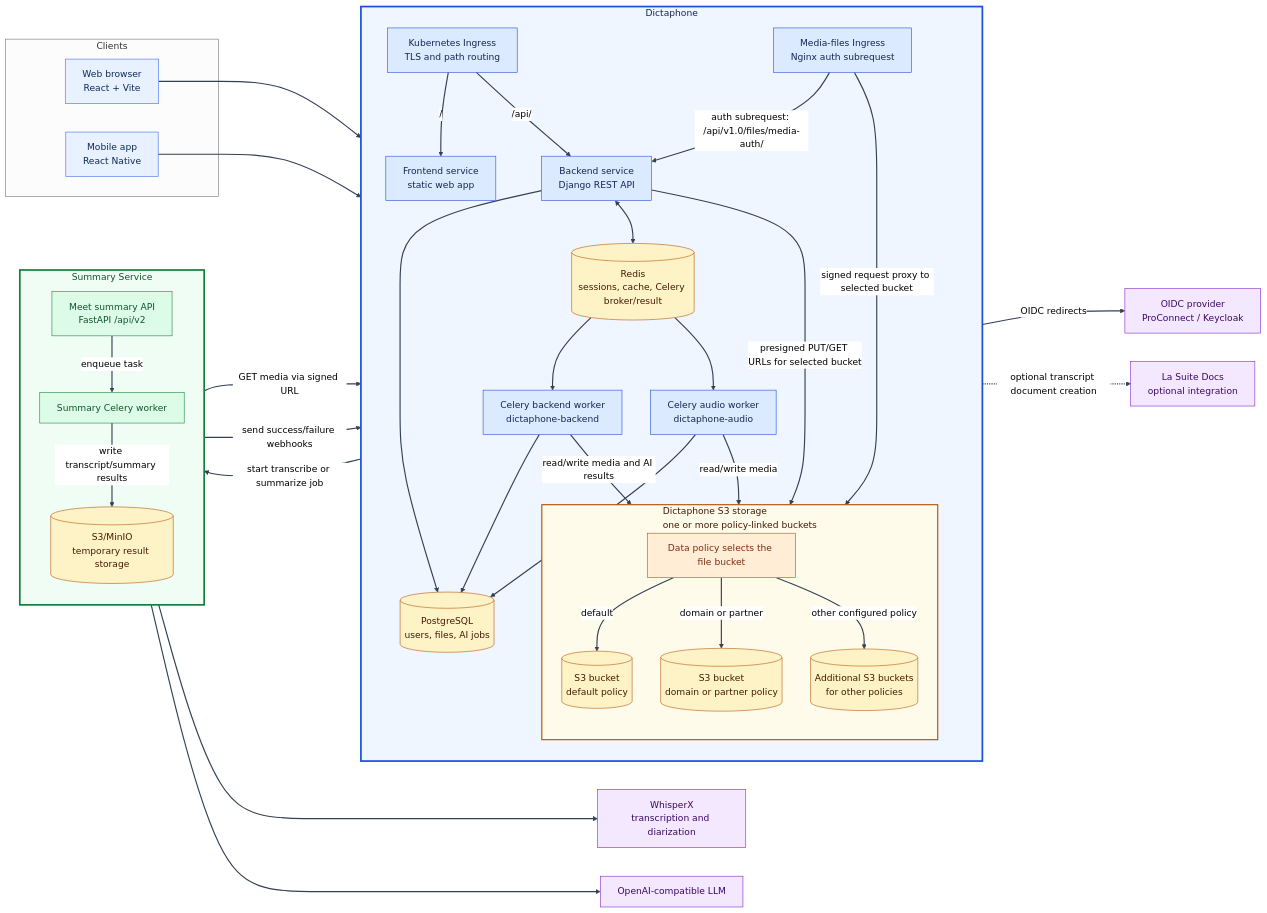
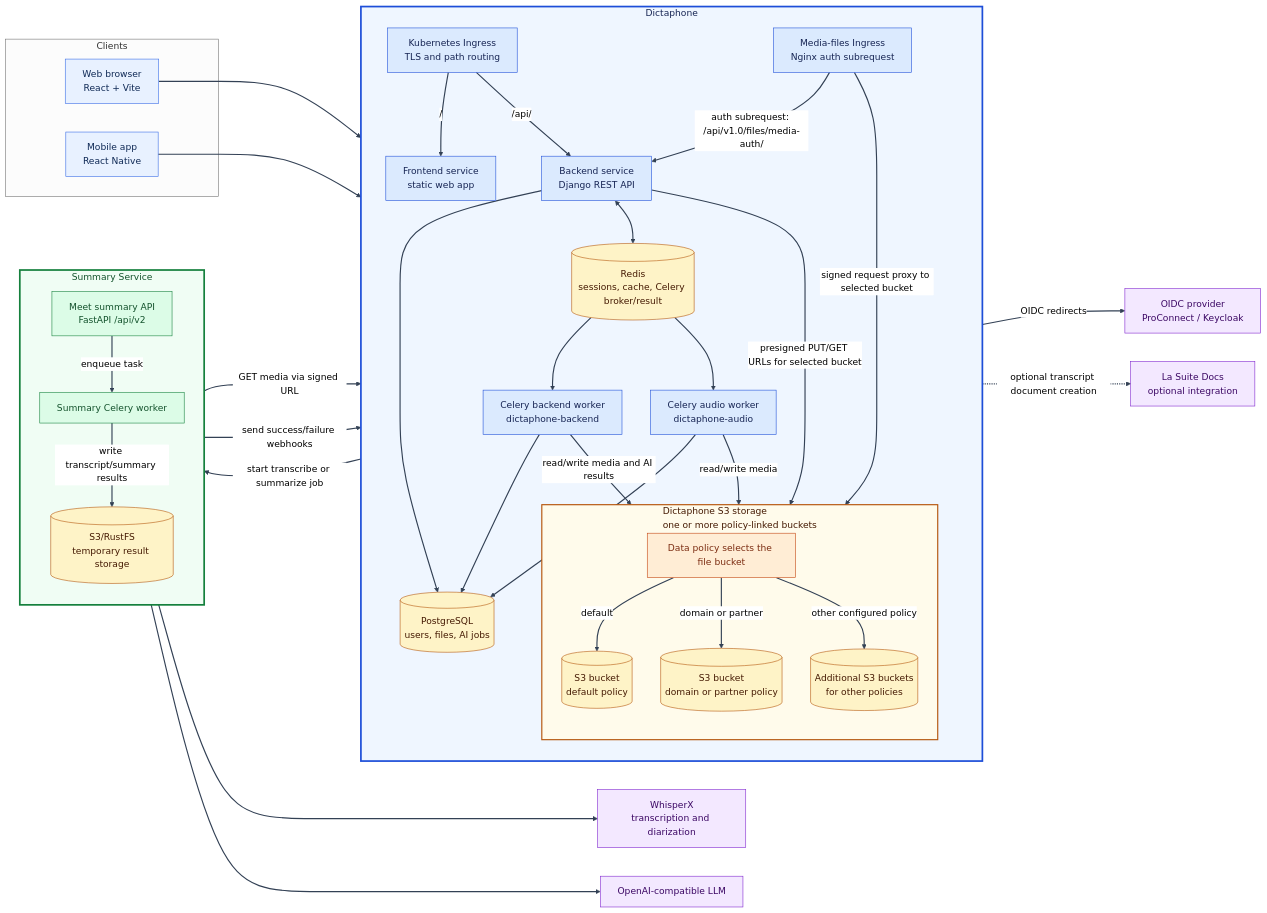
One commit to suitenumerique/dictaphone changed the diagram in docs/diagrams/system-architecture.mmd. Above: the diagram before and after it, drawn with Mermaid (neutral theme). The commit also changed 13 other files, not shown here.

```diff
--- a/docs/diagrams/system-architecture.mmd
+++ b/docs/diagrams/system-architecture.mmd
@@ -1,94 +1,94 @@
 %% Sources: src/helm/dictaphone/templates, src/helm/dictaphone/values.yaml,
 %%          src/backend/core/configuration.py,
 %%          docs/developping_locally.md, src/backend/dictaphone/settings.py
 flowchart LR
     subgraph Clients
         Web["Web browser<br/>React + Vite"]
         Mobile["Mobile app<br/>React Native"]
     end
 
     subgraph Dictaphone["Dictaphone"]
         direction TB
         Ingress["Kubernetes Ingress<br/>TLS and path routing"]
         Frontend["Frontend service<br/>static web app"]
         API["Backend service<br/>Django REST API"]
         DB[("PostgreSQL<br/>users, files, AI jobs")]
         Redis[("Redis<br/>sessions, cache, Celery broker/result")]
         BackendWorker["Celery backend worker<br/>dictaphone-backend"]
         AudioWorker["Celery audio worker<br/>dictaphone-audio"]
         MediaIngress["Media-files Ingress<br/>Nginx auth subrequest"]
 
         subgraph DictaphoneStorage["Dictaphone S3 storage<br/>one or more policy-linked buckets"]
             direction TB
             StoragePolicy["Data policy selects the file bucket"]
             DefaultBucket[("S3 bucket<br/>default policy")]
             DomainBucket[("S3 bucket<br/>domain or partner policy")]
             AdditionalBuckets[("Additional S3 buckets<br/>for other policies")]
 
             StoragePolicy -->|default| DefaultBucket
             StoragePolicy -->|domain or partner| DomainBucket
             StoragePolicy -->|other configured policy| AdditionalBuckets
         end
     end
 
     subgraph SummaryService["Summary Service"]
         direction TB
         SummaryAPI["Meet summary API<br/>FastAPI /api/v2"]
         SummaryWorker["Summary Celery worker"]
-        SummaryStore[("S3/MinIO<br/>temporary result storage")]
+        SummaryStore[("S3/RustFS<br/>temporary result storage")]
 
         SummaryAPI -->|"enqueue task"| SummaryWorker
         SummaryWorker -->|"write transcript/summary results"| SummaryStore
     end
 
     OIDC["OIDC provider<br/>ProConnect / Keycloak"]
     WhisperX["WhisperX<br/>transcription and diarization"]
     LLM["OpenAI-compatible LLM"]
     Docs["La Suite Docs<br/>optional integration"]
 
     Web --> Ingress
     Mobile --> Ingress
     Ingress -->|"/"| Frontend
     Ingress -->|"/api/"| API
 
     API --> DB
     API <--> Redis
     API -->|"OIDC redirects"| OIDC
     API -->|"presigned PUT/GET URLs for selected bucket"| StoragePolicy
 
     MediaIngress -->|"auth subrequest: /api/v1.0/files/media-auth/"| API
     MediaIngress -->|"signed request proxy to selected bucket"| StoragePolicy
 
     Redis --> BackendWorker
     Redis --> AudioWorker
     BackendWorker --> DB
     BackendWorker -->|"read/write media and AI results"| StoragePolicy
     AudioWorker --> DB
     AudioWorker -->|"read/write media"| StoragePolicy
 
     BackendWorker -->|"start transcribe or summarize job"| SummaryAPI
     SummaryWorker -->|"GET media via signed URL"| StoragePolicy
     SummaryWorker --> WhisperX
     SummaryWorker --> LLM
     SummaryWorker -->|"send success/failure webhooks"| API
     BackendWorker -.->|"optional transcript document creation"| Docs
 
     classDef client fill:#e8f1ff,stroke:#356ae6,color:#102a56
     classDef dictaphoneApp fill:#dbeafe,stroke:#1d4ed8,color:#172554
     classDef summaryApp fill:#dcfce7,stroke:#15803d,color:#14532d
     classDef data fill:#fef3c7,stroke:#b45309,color:#451a03
     classDef routing fill:#ffedd5,stroke:#c2410c,color:#7c2d12
     classDef external fill:#f3e8ff,stroke:#7e22ce,color:#3b0764
 
     class Web,Mobile client
     class Ingress,Frontend,API,BackendWorker,AudioWorker,MediaIngress dictaphoneApp
     class SummaryAPI,SummaryWorker summaryApp
     class DB,Redis,DefaultBucket,DomainBucket,AdditionalBuckets,SummaryStore data
     class StoragePolicy routing
     class OIDC,WhisperX,LLM,Docs external
 
     linkStyle default stroke:#334155,stroke-width:2px
 
     style Dictaphone fill:#eff6ff,stroke:#1d4ed8,stroke-width:3px,color:#172554
     style DictaphoneStorage fill:#fffbeb,stroke:#b45309,stroke-width:2px,color:#451a03
     style SummaryService fill:#f0fdf4,stroke:#15803d,stroke-width:3px,color:#14532d
```
